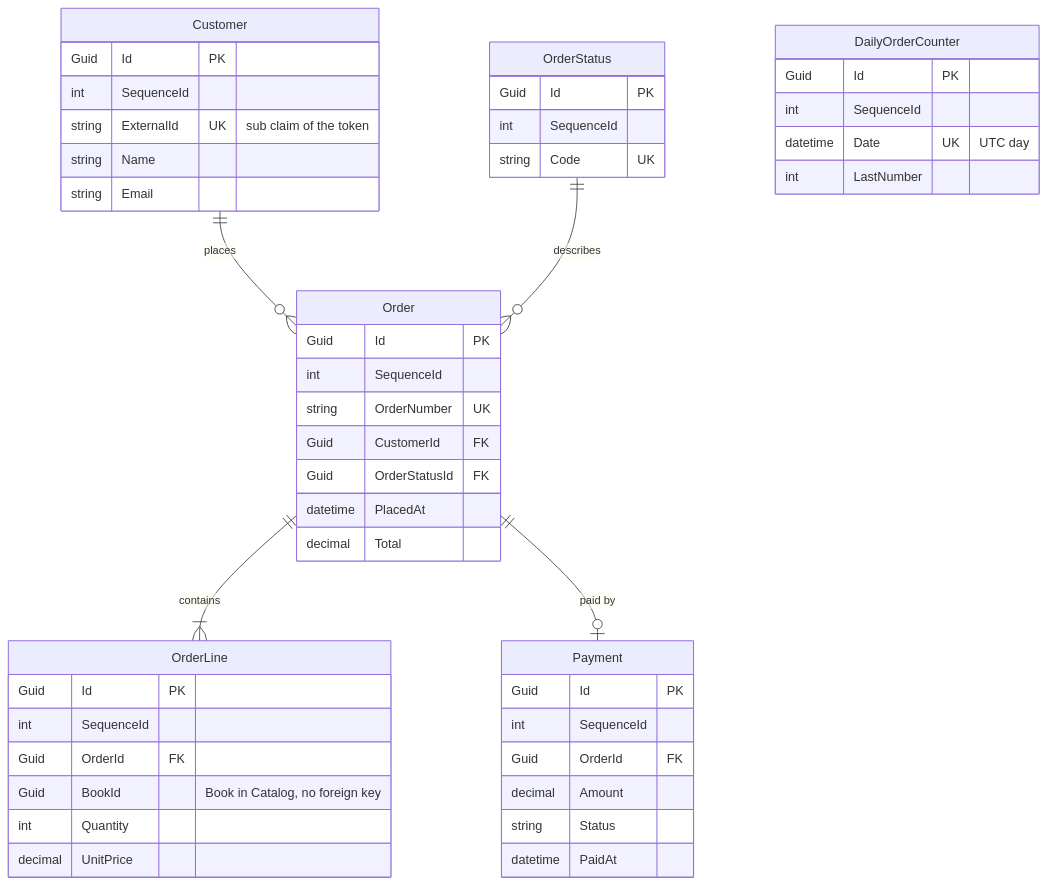
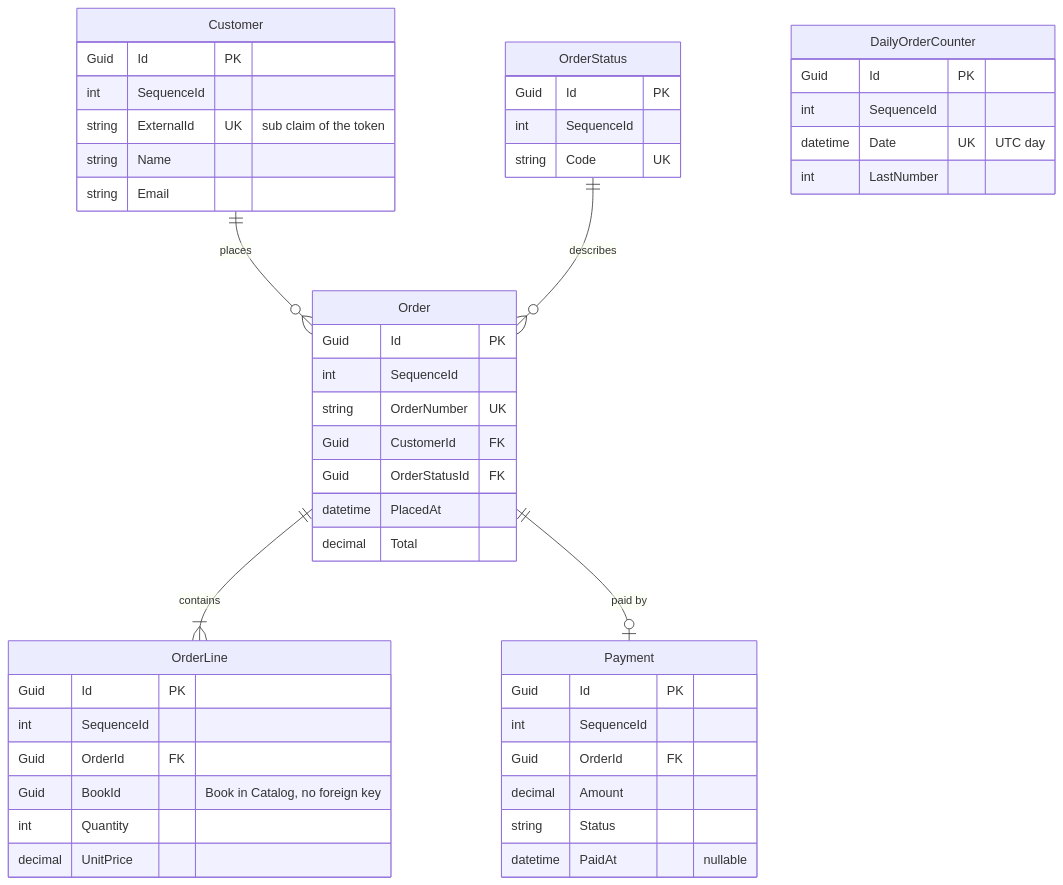
The second of 3 diagrams in demo/README.md (gmarginet/CleanArchitectureToolkit), drawn with Mermaid before and after one commit. The commit also changed other lines of this file, not shown here.

````diff
--- a/demo/README.md
+++ b/demo/README.md
@@ -641,51 +641,51 @@
 ```mermaid
 erDiagram
     Customer ||--o{ Order : places
     OrderStatus ||--o{ Order : describes
     Order ||--|{ OrderLine : contains
     Order ||--o| Payment : "paid by"
 
     Customer {
         Guid Id PK
         int SequenceId
         string ExternalId UK "sub claim of the token"
         string Name
         string Email
     }
     OrderStatus {
         Guid Id PK
         int SequenceId
         string Code UK
     }
     Order {
         Guid Id PK
         int SequenceId
         string OrderNumber UK
         Guid CustomerId FK
         Guid OrderStatusId FK
         datetime PlacedAt
         decimal Total
     }
     OrderLine {
         Guid Id PK
         int SequenceId
         Guid OrderId FK
         Guid BookId "Book in Catalog, no foreign key"
         int Quantity
         decimal UnitPrice
     }
     Payment {
         Guid Id PK
         int SequenceId
         Guid OrderId FK
         decimal Amount
         string Status
-        datetime PaidAt
+        datetime PaidAt "nullable"
     }
     DailyOrderCounter {
         Guid Id PK
         int SequenceId
         datetime Date UK "UTC day"
         int LastNumber
     }
 ```
````
